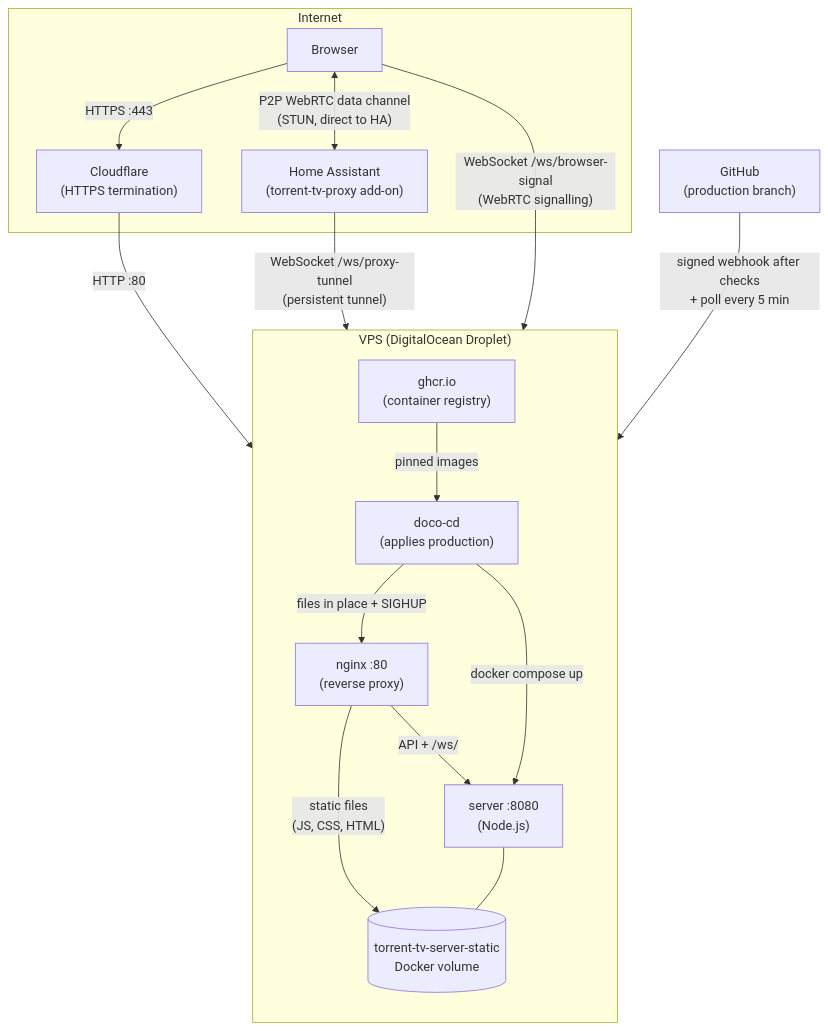
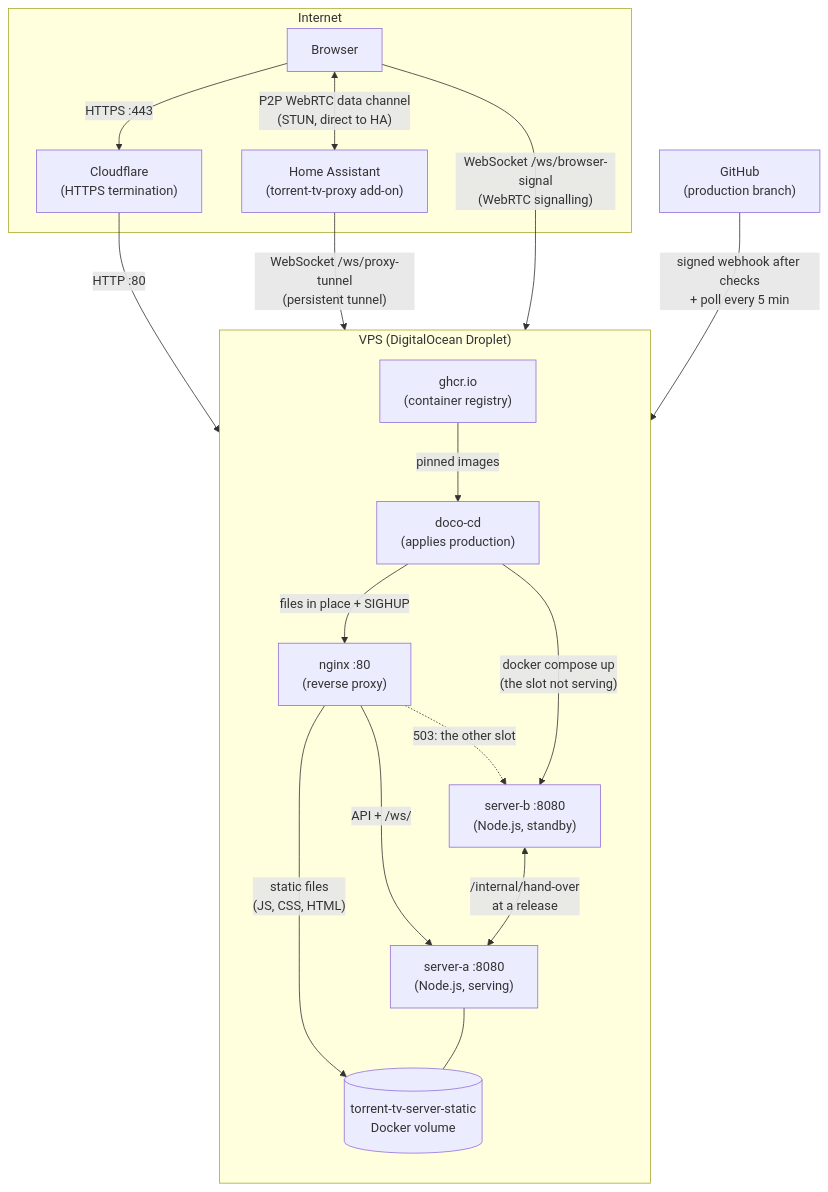
Before and after one commit to torrent-tv/infra: the first of 2 diagrams in README.md, drawn with Mermaid. The commit also changed other lines of this file and 6 other files, not shown here.

First line of the commit message:
feat(deploy): run the server in two slots that hand over at a release #ttv-94

````diff
--- a/README.md
+++ b/README.md
@@ -17,35 +17,38 @@
 ```mermaid
 graph TB
   subgraph Internet
     Browser["Browser"]
     HA["Home Assistant\n(torrent-tv-proxy add-on)"]
     CF["Cloudflare\n(HTTPS termination)"]
   end
 
   subgraph VPS["VPS (DigitalOcean Droplet)"]
     direction TB
     NGINX["nginx :80\n(reverse proxy)"]
-    SERVER["server :8080\n(Node.js)"]
+    SERVER["server-a :8080\n(Node.js, serving)"]
+    STANDBY["server-b :8080\n(Node.js, standby)"]
     DOCO["doco-cd\n(applies production)"]
     VOL[("torrent-tv-server-static\nDocker volume")]
     GHCR["ghcr.io\n(container registry)"]
   end
 
   Browser -->|"HTTPS :443"| CF
   CF -->|"HTTP :80"| NGINX
 
   NGINX -->|"static files\n(JS, CSS, HTML)"| VOL
   NGINX -->|"API + /ws/"| SERVER
+  NGINX -.->|"503: the other slot"| STANDBY
+  STANDBY <-->|"/internal/hand-over\nat a release"| SERVER
   SERVER --- VOL
 
   HA -->|"WebSocket /ws/proxy-tunnel\n(persistent tunnel)"| NGINX
   Browser -->|"WebSocket /ws/browser-signal\n(WebRTC signalling)"| NGINX
 
   GH["GitHub\n(production branch)"]
   GH -->|"signed webhook after checks\n+ poll every 5 min"| DOCO
-  DOCO -->|"docker compose up"| SERVER
+  DOCO -->|"docker compose up\n(the slot not serving)"| STANDBY
   DOCO -->|"files in place + SIGHUP"| NGINX
   GHCR -->|"pinned images"| DOCO
 
   Browser <-->|"P2P WebRTC data channel\n(STUN, direct to HA)"| HA
 ```
````
